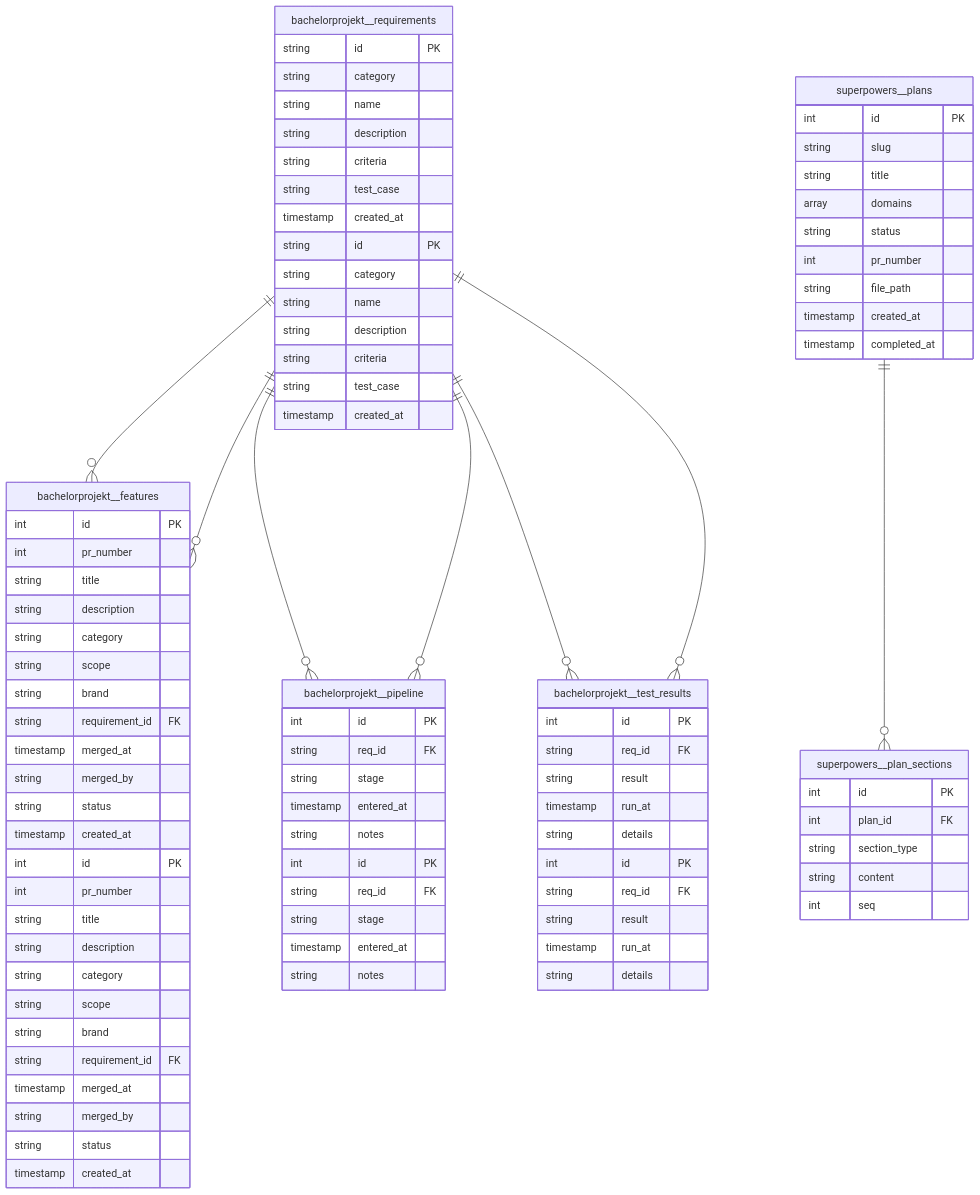
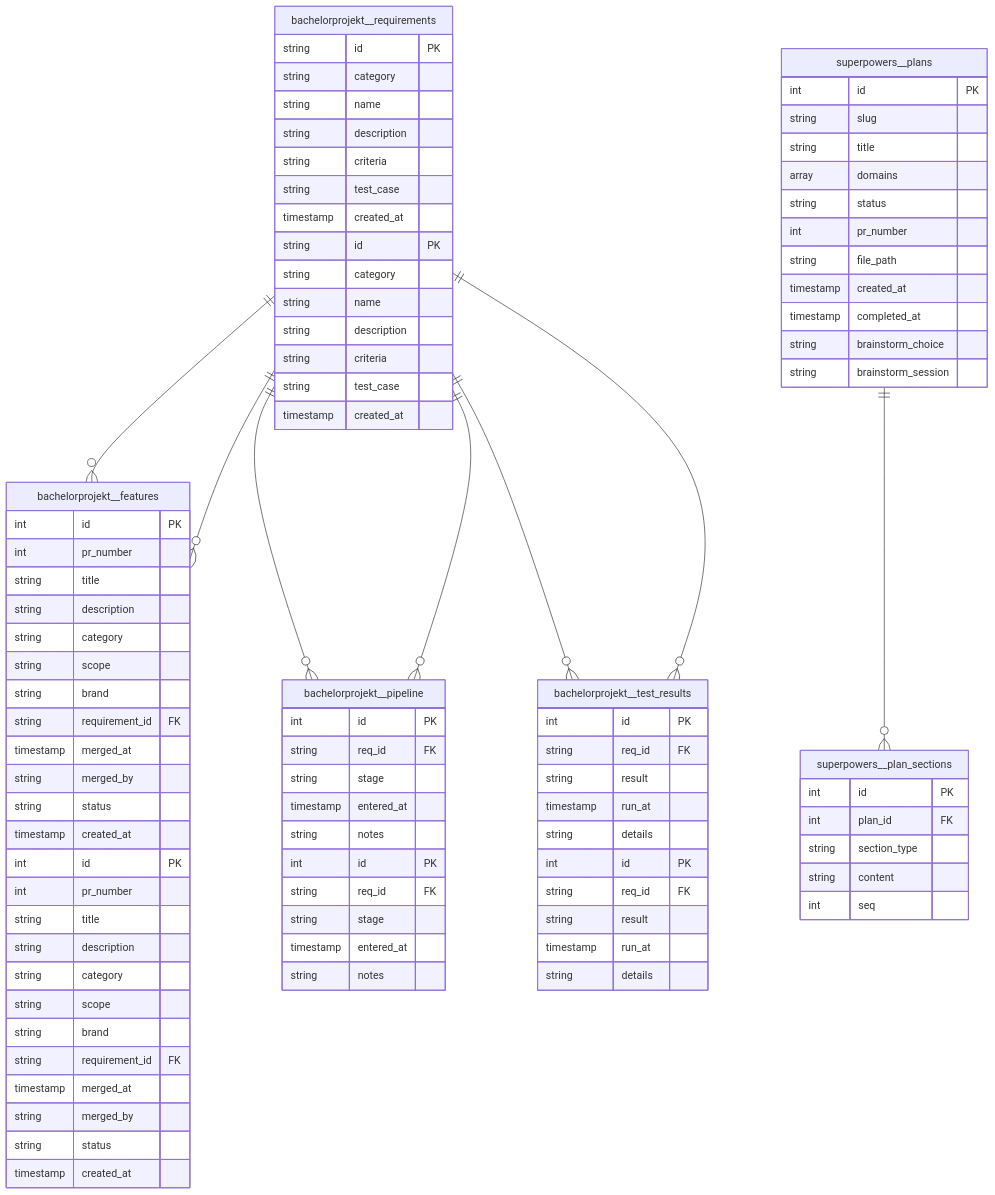
The eighth of 8 diagrams in docs/db-schema-diagram.md (Paddione/Bachelorprojekt), drawn with Mermaid before and after one commit. The commit also changed other lines of this file, not shown here.

Commit message:
chore(docs): regenerate db-schema-diagram — 101→104 tables, brainstorm columns

```diff
--- a/docs/db-schema-diagram.md
+++ b/docs/db-schema-diagram.md
@@ -1008,6 +1008,8 @@
     string file_path
     timestamp created_at
     timestamp completed_at
+    string brainstorm_choice
+    string brainstorm_session
   }
   bachelorprojekt__requirements ||--o{ bachelorprojekt__features : ""
   bachelorprojekt__requirements ||--o{ bachelorprojekt__pipeline : ""
```
